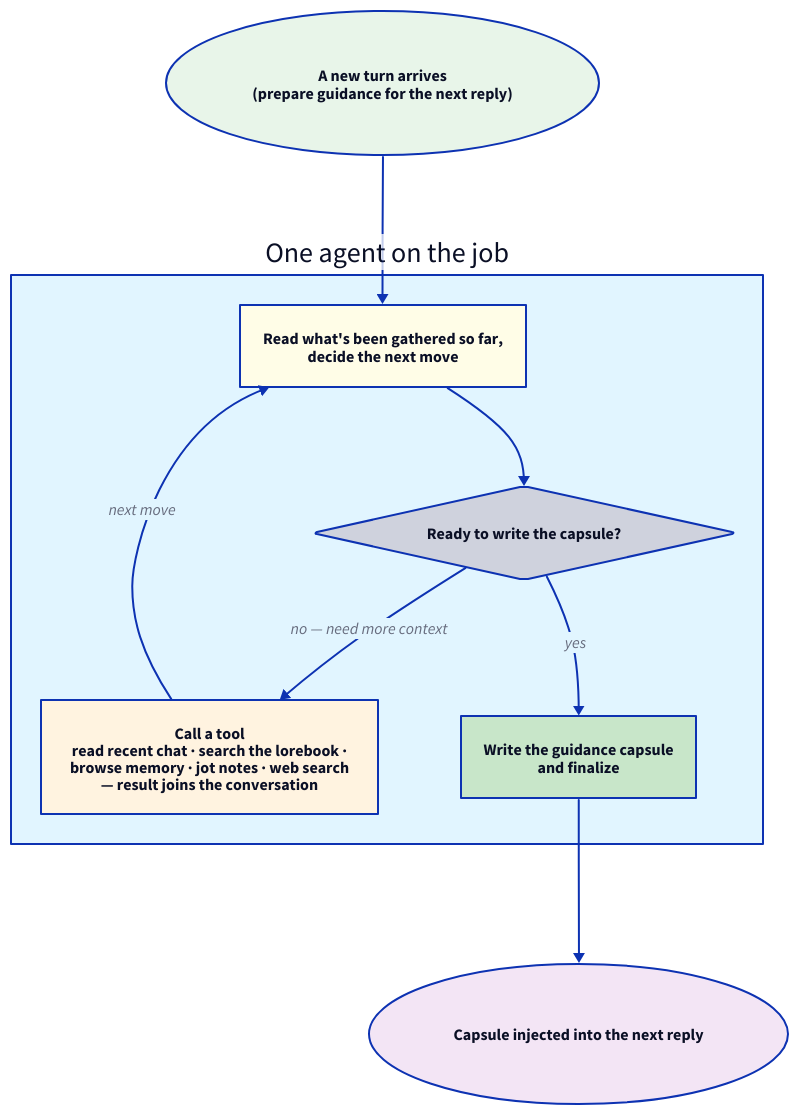
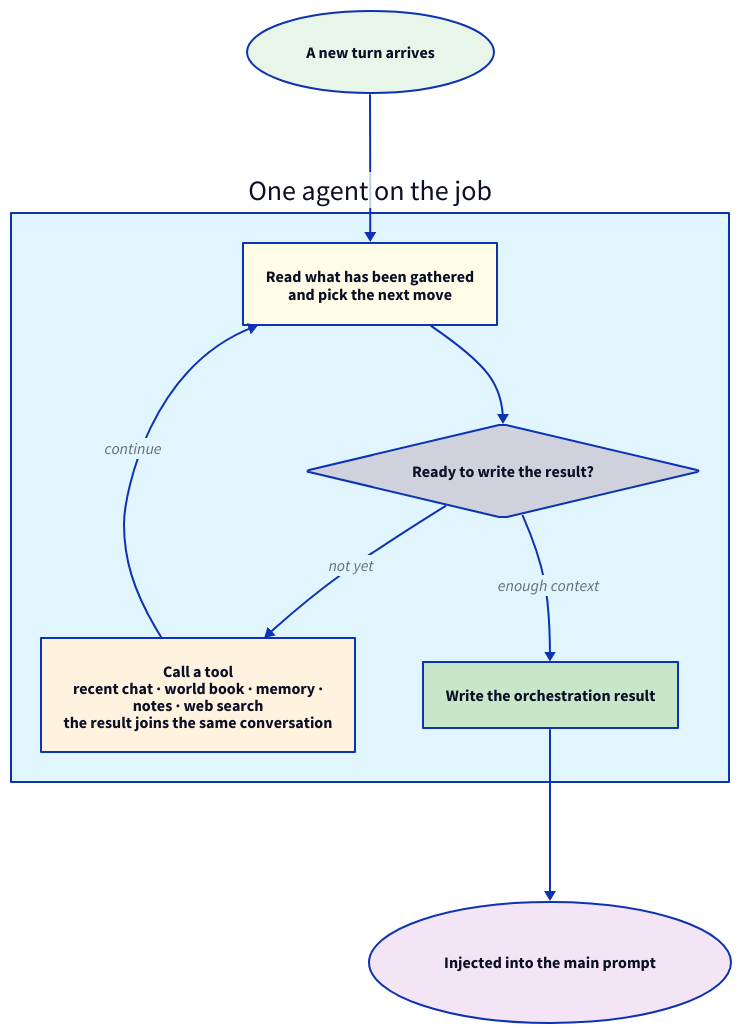
The diagram in docs/features/orchestrator/loop.md (funnycups/Luker), drawn with D2 before and after one commit. The commit also changed other lines of this file and 240 other files, not shown here.

````diff
--- a/docs/features/orchestrator/loop.md
+++ b/docs/features/orchestrator/loop.md
@@ -32,41 +5,41 @@
 ```d2
 direction: down
 
-start: "A new turn arrives\n(prepare guidance for the next reply)" {
+start: "A new turn arrives" {
   shape: oval
   style.fill: "#e8f5e9"
 }
 
 loop: "One agent on the job" {
   style.fill: "#e1f5ff"
 
-  think: "Read what's been gathered so far,\ndecide the next move" {
+  think: "Read what has been gathered\nand pick the next move" {
     style.fill: "#fffde7"
   }
 
-  decide: "Ready to write the capsule?" {
+  decide: "Ready to write the result?" {
     shape: diamond
   }
 
-  tool: "Call a tool\nread recent chat · search the lorebook ·\nbrowse memory · jot notes · web search\n— result joins the conversation" {
+  tool: "Call a tool\nrecent chat · world book · memory ·\nnotes · web search\nthe result joins the same conversation" {
     style.fill: "#fff3e0"
   }
 
-  finalize: "Write the guidance capsule\nand finalize" {
+  finish: "Write the orchestration result" {
     style.fill: "#c8e6c9"
   }
 
   think -> decide
-  decide -> tool: "no — need more context"
-  decide -> finalize: "yes"
-  tool -> think: "next move"
+  decide -> tool: "not yet"
+  decide -> finish: "enough context"
+  tool -> think: "continue"
 }
 
-out: "Capsule injected into the next reply" {
+out: "Injected into the main prompt" {
   shape: oval
   style.fill: "#f3e5f5"
 }
 
 start -> loop.think
-loop.finalize -> out
+loop.finish -> out
 ```
````
